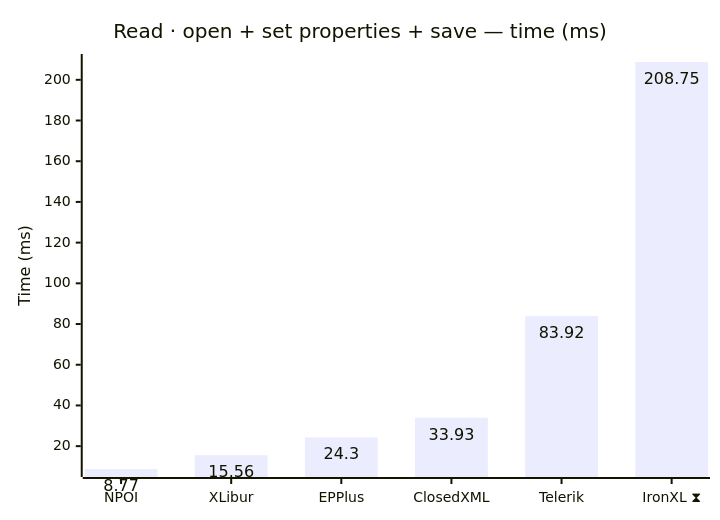
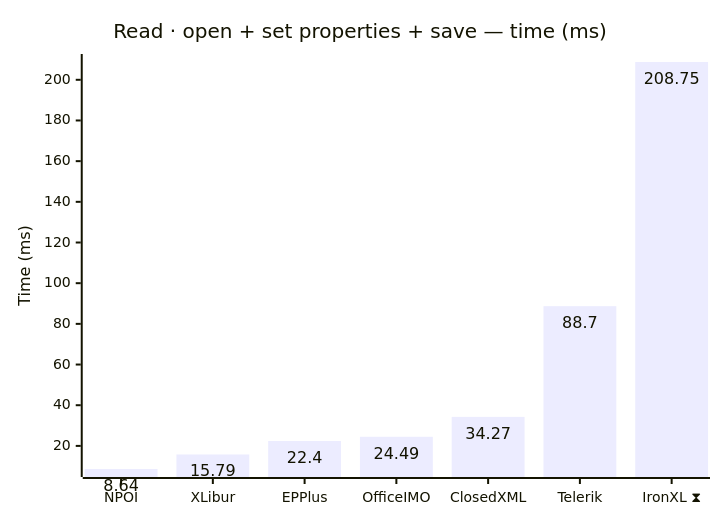
One commit to jafin/XLBench changed the first of 12 diagrams in docs/results.md. Above: the diagram before and after it, drawn with Mermaid. The commit also changed other lines of this file and 17 other files, not shown here.

First line of the commit message:
Add OfficeIMO.Excel to the benchmark suite and publish full-fidelity results (#33)

````diff
--- a/docs/results.md
+++ b/docs/results.md
@@ -40,12 +41,12 @@
 ```mermaid
 ---
 config:
   xyChart:
     showDataLabel: true
 ---
 xychart-beta
     title "Read · open + set properties + save — time (ms)"
-    x-axis ["NPOI", "XLibur", "EPPlus", "ClosedXML", "Telerik", "IronXL ⧗"]
+    x-axis ["NPOI", "XLibur", "EPPlus", "OfficeIMO", "ClosedXML", "Telerik", "IronXL ⧗"]
     y-axis "Time (ms)"
-    bar [8.77, 15.56, 24.3, 33.93, 83.92, 208.75]
+    bar [8.64, 15.79, 22.4, 24.49, 34.27, 88.7, 208.75]
 ```
````
